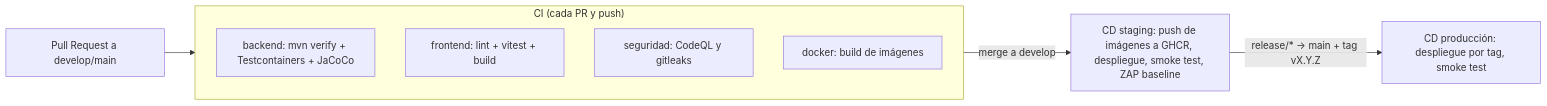
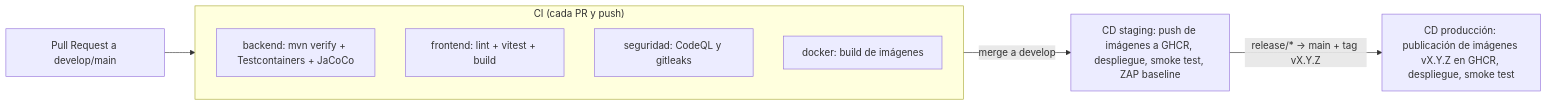
The diagram in docs/03-calidad-y-operacion/devops-despliegue.md (andremelzc/gestion-servicios-universitarios), drawn with Mermaid before and after one commit. The commit also changed other lines of this file and 1 other file, not shown here.

Commit message:
feat(ci): publicar imagenes de produccion en GHCR

````diff
--- a/docs/03-calidad-y-operacion/devops-despliegue.md
+++ b/docs/03-calidad-y-operacion/devops-despliegue.md
@@ -134,12 +134,12 @@
 ```mermaid
 graph LR
     PR["Pull Request a develop/main"] --> CI
     subgraph CI["CI (cada PR y push)"]
         B["backend: mvn verify + Testcontainers + JaCoCo"]
         F["frontend: lint + vitest + build"]
         S["seguridad: CodeQL y gitleaks"]
         D["docker: build de imágenes"]
     end
     CI -->|merge a develop| STG["CD staging: push de imágenes a GHCR, despliegue, smoke test, ZAP baseline"]
-    STG -->|release/* → main + tag vX.Y.Z| PROD["CD producción: despliegue por tag, smoke test"]
+    STG -->|release/* → main + tag vX.Y.Z| PROD["CD producción: publicación de imágenes vX.Y.Z en GHCR, despliegue, smoke test"]
 ```
````
